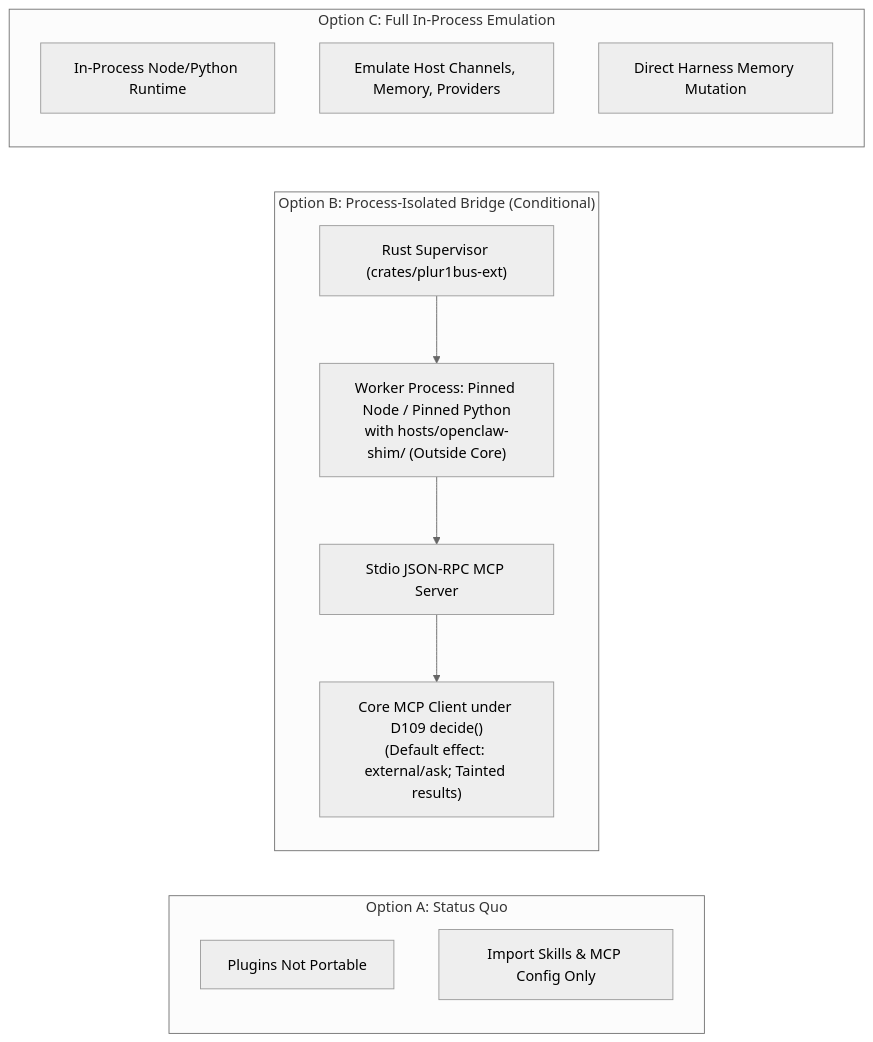
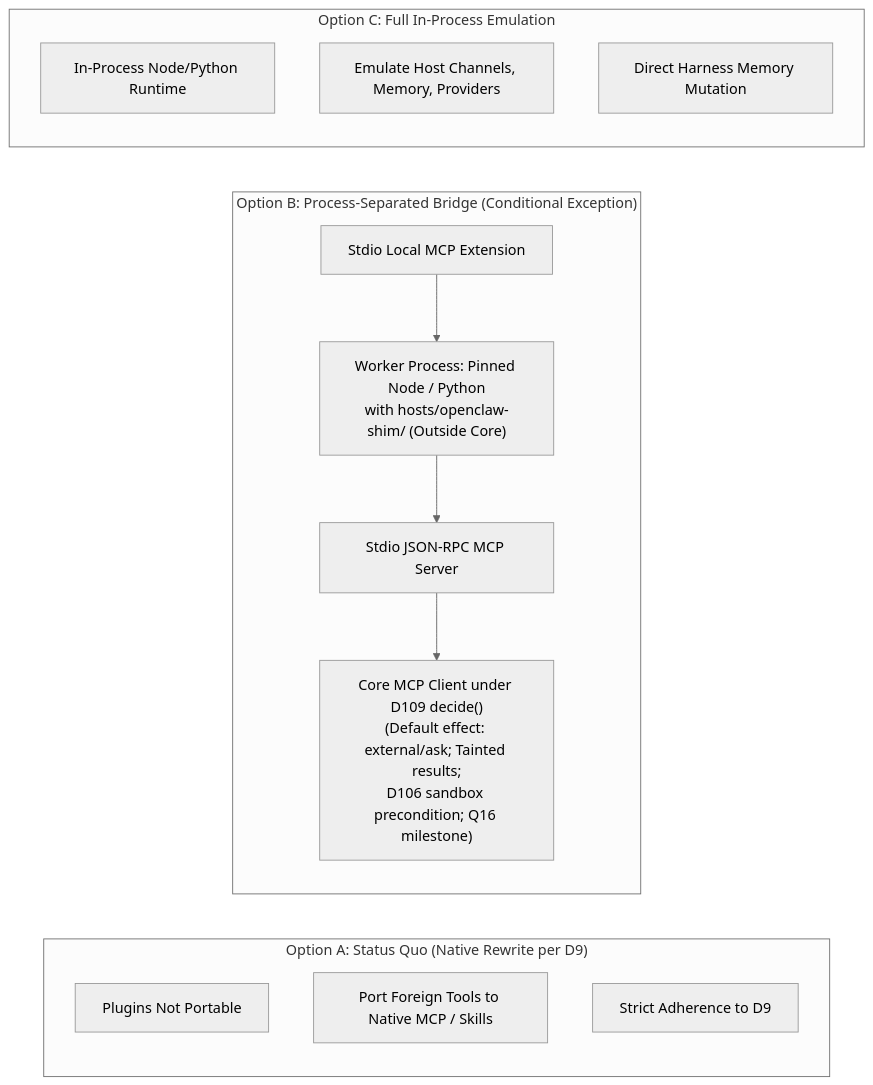
Before and after one commit to Cyb3rb1ade/PLUR1BUS-Harness: the third of 3 diagrams in docs/superpowers/specs/2026-10-27-profile-import-and-plugin-compat-design.md, drawn with Mermaid (neutral theme). The commit also changed other lines of this file and 4 other files, not shown here.

````diff
--- a/docs/superpowers/specs/2026-10-27-profile-import-and-plugin-compat-design.md
+++ b/docs/superpowers/specs/2026-10-27-profile-import-and-plugin-compat-design.md
@@ -292,21 +309,22 @@
 ```mermaid
 flowchart LR
-    subgraph OptionA["Option A: Status Quo"]
+    subgraph OptionA["Option A: Status Quo (Native Rewrite per D9)"]
         A1["Plugins Not Portable"]
-        A2["Import Skills & MCP Config Only"]
+        A2["Port Foreign Tools to Native MCP / Skills"]
+        A3["Strict Adherence to D9"]
     end
 
-    subgraph OptionB["Option B: Process-Isolated Bridge (Conditional)"]
-        B1["Rust Supervisor (crates/plur1bus-ext)"]
-        B2["Worker Process: Pinned Node / Pinned Python\nwith hosts/openclaw-shim/ (Outside Core)"]
+    subgraph OptionB["Option B: Process-Separated Bridge (Conditional Exception)"]
+        B1["Stdio Local MCP Extension"]
+        B2["Worker Process: Pinned Node / Python\nwith hosts/openclaw-shim/ (Outside Core)"]
         B3["Stdio JSON-RPC MCP Server"]
-        B4["Core MCP Client under D109 decide()\n(Default effect: external/ask; Tainted results)"]
+        B4["Core MCP Client under D109 decide()\n(Default effect: external/ask; Tainted results;\nD106 sandbox precondition; Q16 milestone)"]
         B1 --> B2 --> B3 --> B4
     end
 
     subgraph OptionC["Option C: Full In-Process Emulation"]
         C1["In-Process Node/Python Runtime"]
         C2["Emulate Host Channels, Memory, Providers"]
         C3["Direct Harness Memory Mutation"]
     end
 ```
````
